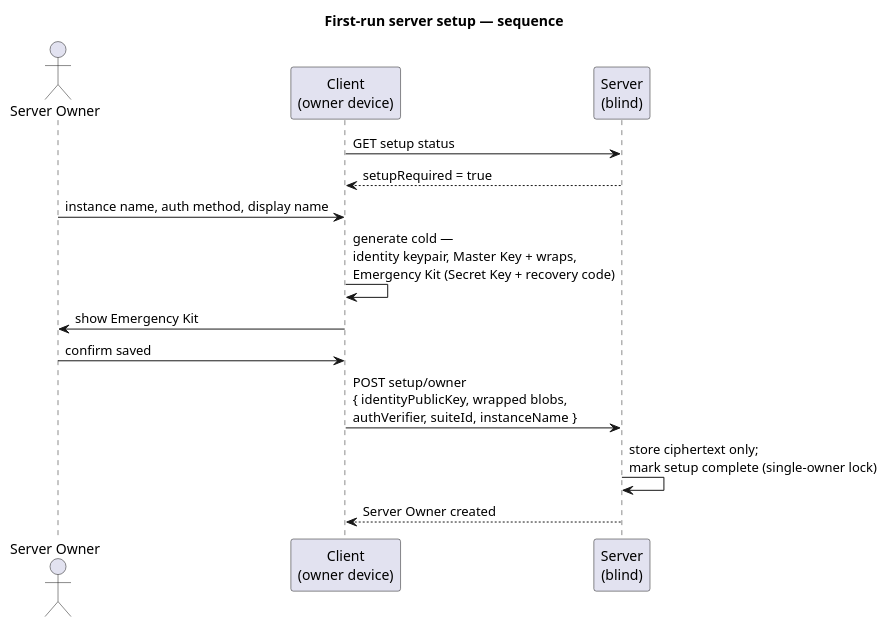
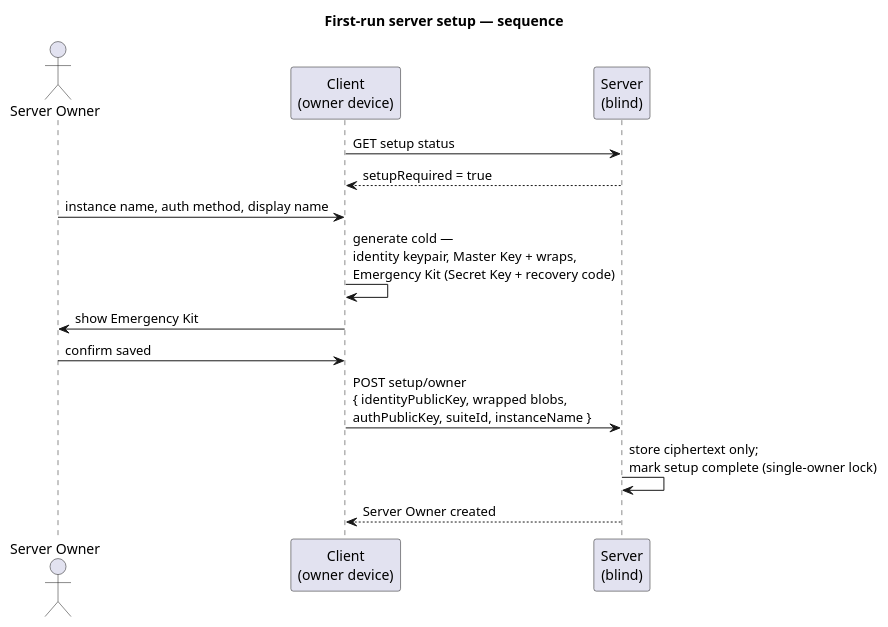
The first of 2 diagrams in docs/features/admin/use-cases/uc.admin.setup-server.md (raddatzk/veyq-no-e2ee), drawn with PlantUML before and after one commit. The commit also changed other lines of this file and 45 other files, not shown here.

First line of the commit message:
feat(web): first-run setup flow on Model B data layer (cr-0002 phase 3)

````diff
--- a/docs/features/admin/use-cases/uc.admin.setup-server.md
+++ b/docs/features/admin/use-cases/uc.admin.setup-server.md
@@ -24,19 +26,19 @@
 ```plantuml
 @startuml
 title First-run server setup — sequence
 skinparam shadowing false
 actor "Server Owner" as O
 participant "Client\n(owner device)" as C
 participant "Server\n(blind)" as S
 
 C -> S : GET setup status
 S --> C : setupRequired = true
 O -> C : instance name, auth method, display name
 C -> C : generate cold —\nidentity keypair, Master Key + wraps,\nEmergency Kit (Secret Key + recovery code)
 C -> O : show Emergency Kit
 O -> C : confirm saved
-C -> S : POST setup/owner\n{ identityPublicKey, wrapped blobs,\nauthVerifier, suiteId, instanceName }
+C -> S : POST setup/owner\n{ identityPublicKey, wrapped blobs,\nauthPublicKey, suiteId, instanceName }
 S -> S : store ciphertext only;\nmark setup complete (single-owner lock)
 S --> C : Server Owner created
 @enduml
 ```
````
